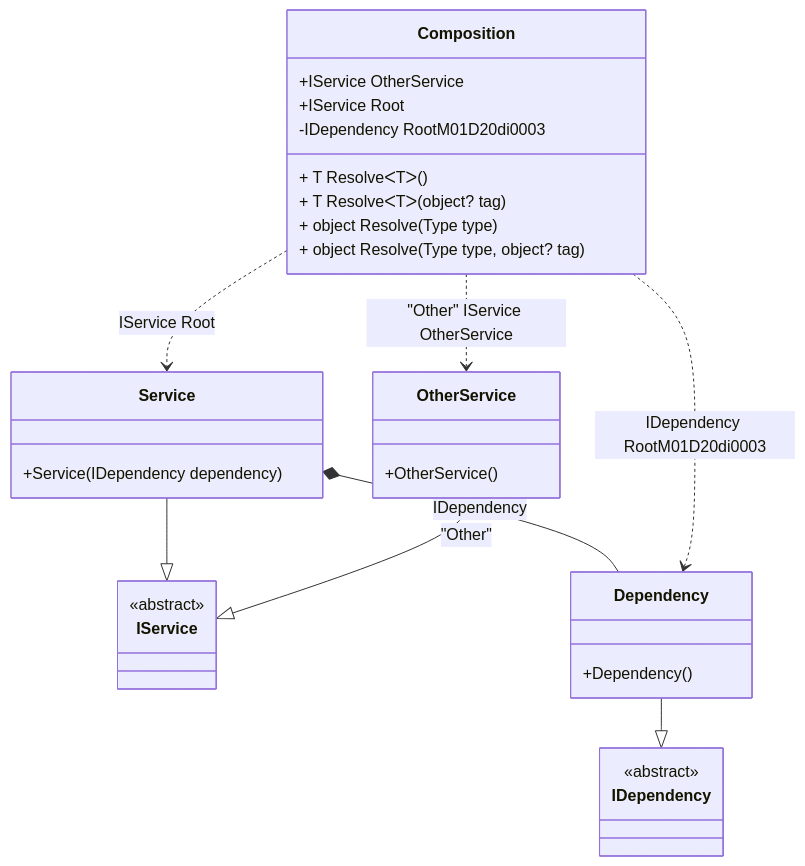
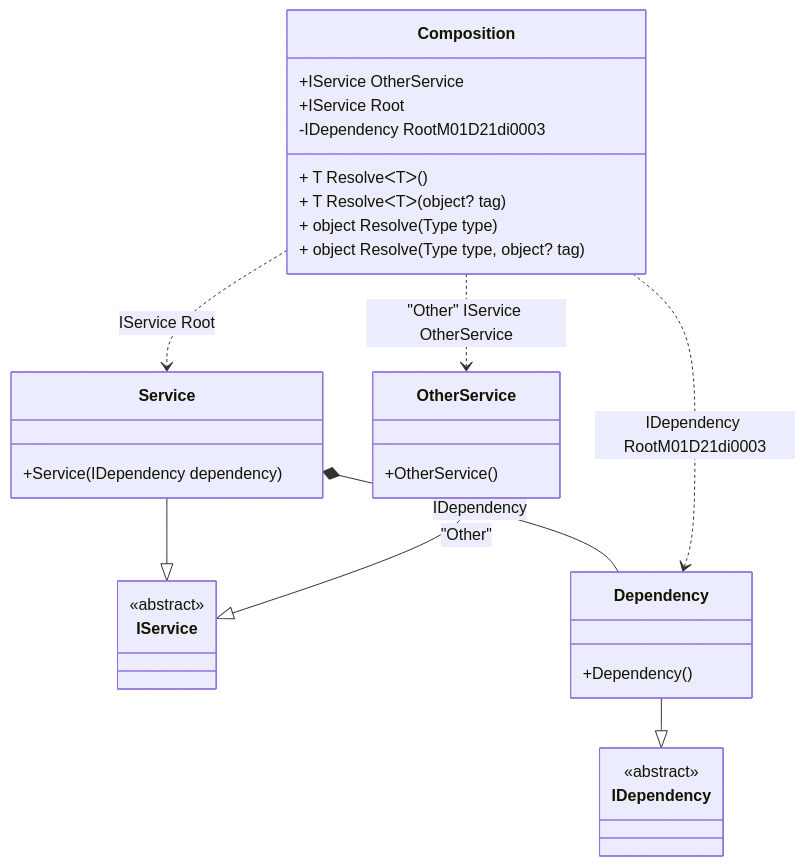
Before and after one commit to DevTeam/Pure.DI: the diagram in readme/composition-roots.md, drawn with Mermaid. The commit also changed other lines of this file and 82 other files, not shown here.

````diff
--- a/readme/composition-roots.md
+++ b/readme/composition-roots.md
@@ -43,34 +43,34 @@
 ```mermaid
 classDiagram
   class Composition {
     +IService OtherService
     +IService Root
-    -IDependency RootM01D20di0003
+    -IDependency RootM01D21di0003
     + T ResolveᐸTᐳ()
     + T ResolveᐸTᐳ(object? tag)
     + object Resolve(Type type)
     + object Resolve(Type type, object? tag)
   }
   Service --|> IService : 
   class Service {
     +Service(IDependency dependency)
   }
   OtherService --|> IService : "Other" 
   class OtherService {
     +OtherService()
   }
   Dependency --|> IDependency : 
   class Dependency {
     +Dependency()
   }
   class IService {
     <<abstract>>
   }
   class IDependency {
     <<abstract>>
   }
   Service *--  Dependency : IDependency
   Composition ..> Service : IService Root
   Composition ..> OtherService : "Other" IService OtherService
-  Composition ..> Dependency : IDependency RootM01D20di0003
+  Composition ..> Dependency : IDependency RootM01D21di0003
 ```
````
